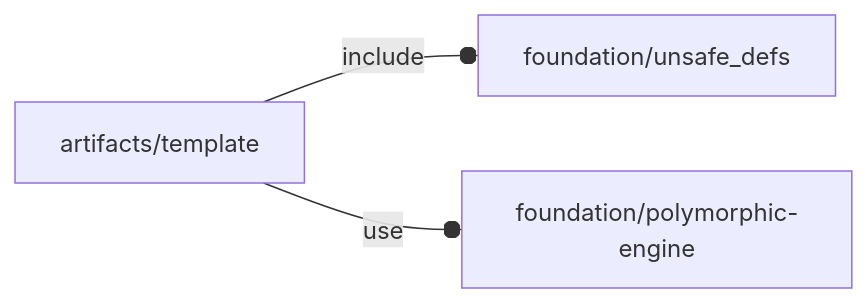
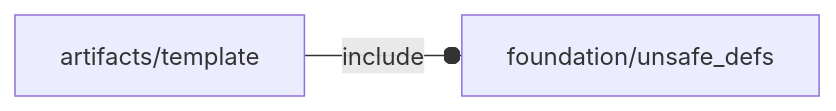
One commit to ggabbiani/OFL changed the diagram in orthodocs/artifacts/template.md. Above: the diagram before and after it, drawn with Mermaid. The commit also changed 69 other files, not shown here.

````diff
--- a/orthodocs/artifacts/template.md
+++ b/orthodocs/artifacts/template.md
@@ -5,5 +5,4 @@
 ```mermaid
 graph LR
     A1[artifacts/template] --o|include| A2[foundation/unsafe_defs]
-    A1 --o|use| A3[foundation/polymorphic-engine]
 ```
````
